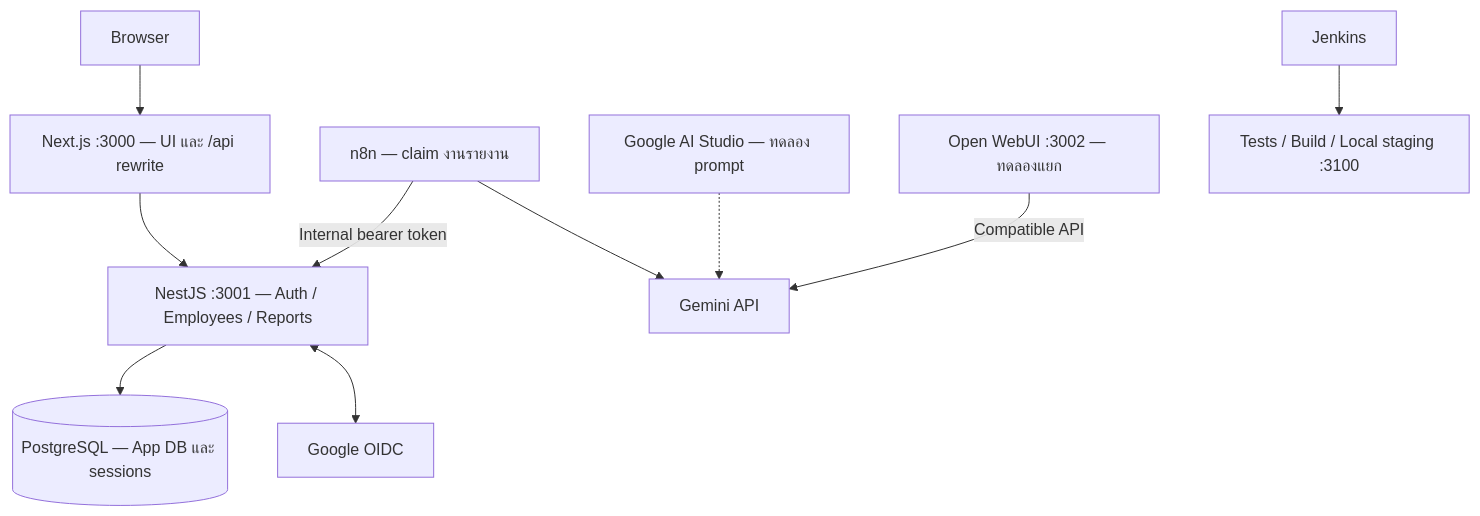
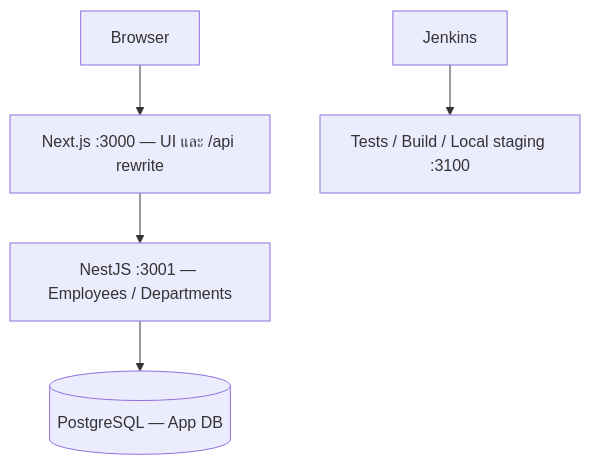
One commit to sittipong-hemloun/helius-tech-test changed the diagram in docs/prd.md. Above: the diagram before and after it, drawn with Mermaid. The commit also changed other lines of this file and 82 other files, not shown here.

````diff
--- a/docs/prd.md
+++ b/docs/prd.md
@@ -251,12 +243,7 @@
 ```mermaid
 flowchart TD
     B["Browser"] --> W["Next.js :3000 — UI และ /api rewrite"]
-    W --> A["NestJS :3001 — Auth / Employees / Reports"]
-    A --> DB[("PostgreSQL — App DB และ sessions")]
-    A <--> G["Google OIDC"]
-    N["n8n — claim งานรายงาน"] -->|"Internal bearer token"| A
-    N --> M["Gemini API"]
-    S["Google AI Studio — ทดลอง prompt"] -.-> M
-    O["Open WebUI :3002 — ทดลองแยก"] -->|"Compatible API"| M
+    W --> A["NestJS :3001 — Employees / Departments"]
+    A --> DB[("PostgreSQL — App DB")]
     J["Jenkins"] --> T["Tests / Build / Local staging :3100"]
 ```
````
